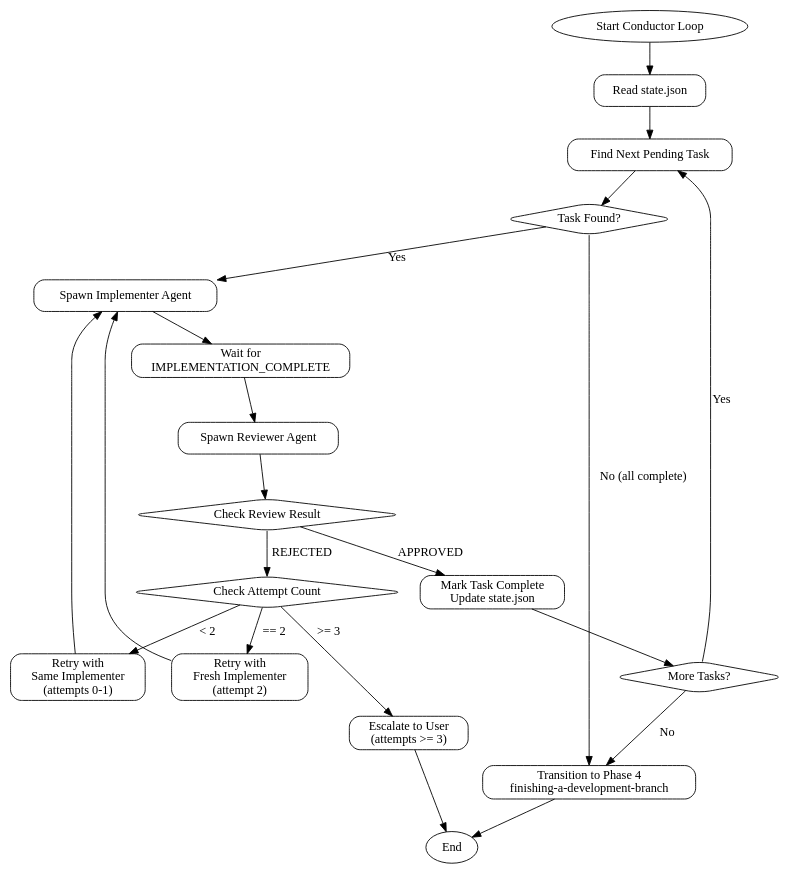
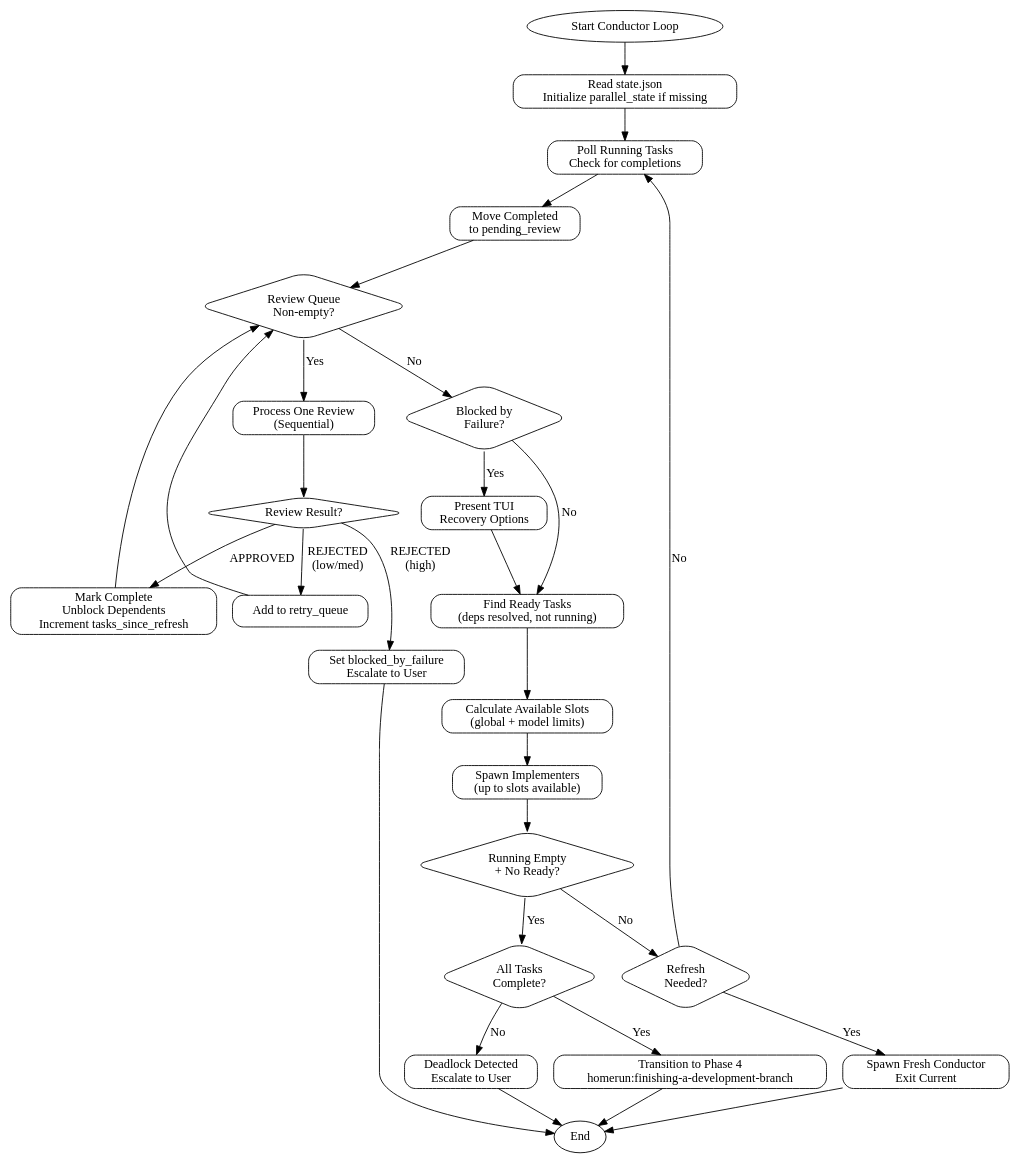
One commit to Zxela/claude-create changed the diagram in skills/conductor/SKILL.md. Above: the diagram before and after it, drawn with Graphviz. The commit also changed other lines of this file, not shown here.

Commit message:
feat(conductor): replace sequential loop with reactive scheduler diagram

````diff
--- a/skills/conductor/SKILL.md
+++ b/skills/conductor/SKILL.md
@@ -23,44 +24,58 @@
 ```dot
 digraph conductor_loop {
     rankdir=TB;
     node [shape=box, style=rounded];
 
     start [label="Start Conductor Loop", shape=ellipse];
-    read_state [label="Read state.json"];
-    find_task [label="Find Next Pending Task"];
-    check_task [label="Task Found?", shape=diamond];
-    spawn_impl [label="Spawn Implementer Agent"];
-    impl_done [label="Wait for\nIMPLEMENTATION_COMPLETE"];
-    spawn_review [label="Spawn Reviewer Agent"];
-    review_done [label="Check Review Result", shape=diamond];
-    mark_complete [label="Mark Task Complete\nUpdate state.json"];
-    check_more [label="More Tasks?", shape=diamond];
-    retry_check [label="Check Attempt Count", shape=diamond];
-    retry_same [label="Retry with\nSame Implementer\n(attempts 0-1)"];
-    retry_fresh [label="Retry with\nFresh Implementer\n(attempt 2)"];
-    escalate [label="Escalate to User\n(attempts >= 3)"];
-    phase4 [label="Transition to Phase 4\nfinishing-a-development-branch"];
+    read_state [label="Read state.json\nInitialize parallel_state if missing"];
+    poll_running [label="Poll Running Tasks\nCheck for completions"];
+    move_to_review [label="Move Completed\nto pending_review"];
+    check_review_queue [label="Review Queue\nNon-empty?", shape=diamond];
+    process_review [label="Process One Review\n(Sequential)"];
+    check_result [label="Review Result?", shape=diamond];
+    mark_complete [label="Mark Complete\nUnblock Dependents\nIncrement tasks_since_refresh"];
+    add_retry [label="Add to retry_queue"];
+    block_high [label="Set blocked_by_failure\nEscalate to User"];
+    check_blocked [label="Blocked by\nFailure?", shape=diamond];
+    wait_recovery [label="Present TUI\nRecovery Options"];
+    find_ready [label="Find Ready Tasks\n(deps resolved, not running)"];
+    calc_slots [label="Calculate Available Slots\n(global + model limits)"];
+    spawn_tasks [label="Spawn Implementers\n(up to slots available)"];
+    check_done [label="Running Empty\n+ No Ready?", shape=diamond];
+    all_complete [label="All Tasks\nComplete?", shape=diamond];
+    phase4 [label="Transition to Phase 4\nhomerun:finishing-a-development-branch"];
+    deadlock [label="Deadlock Detected\nEscalate to User"];
+    check_refresh [label="Refresh\nNeeded?", shape=diamond];
+    spawn_fresh [label="Spawn Fresh Conductor\nExit Current"];
     end_node [label="End", shape=ellipse];
 
     start -> read_state;
-    read_state -> find_task;
-    find_task -> check_task;
-    check_task -> spawn_impl [label="Yes"];
-    check_task -> phase4 [label="No (all complete)"];
-    spawn_impl -> impl_done;
-    impl_done -> spawn_review;
-    spawn_review -> review_done;
-    review_done -> mark_complete [label="APPROVED"];
-    review_done -> retry_check [label="REJECTED"];
-    mark_complete -> check_more;
-    check_more -> find_task [label="Yes"];
-    check_more -> phase4 [label="No"];
-    retry_check -> retry_same [label="< 2"];
-    retry_check -> retry_fresh [label="== 2"];
-    retry_check -> escalate [label=">= 3"];
-    retry_same -> spawn_impl;
-    retry_fresh -> spawn_impl;
-    escalate -> end_node;
+    read_state -> poll_running;
+    poll_running -> move_to_review;
+    move_to_review -> check_review_queue;
+    check_review_queue -> process_review [label="Yes"];
+    check_review_queue -> check_blocked [label="No"];
+    process_review -> check_result;
+    check_result -> mark_complete [label="APPROVED"];
+    check_result -> add_retry [label="REJECTED\n(low/med)"];
+    check_result -> block_high [label="REJECTED\n(high)"];
+    mark_complete -> check_review_queue;
+    add_retry -> check_review_queue;
+    block_high -> end_node;
+    check_blocked -> wait_recovery [label="Yes"];
+    check_blocked -> find_ready [label="No"];
+    wait_recovery -> find_ready;
+    find_ready -> calc_slots;
+    calc_slots -> spawn_tasks;
+    spawn_tasks -> check_done;
+    check_done -> all_complete [label="Yes"];
+    check_done -> check_refresh [label="No"];
+    all_complete -> phase4 [label="Yes"];
+    all_complete -> deadlock [label="No"];
     phase4 -> end_node;
+    deadlock -> end_node;
+    check_refresh -> spawn_fresh [label="Yes"];
+    check_refresh -> poll_running [label="No"];
+    spawn_fresh -> end_node;
 }
 ```
````
